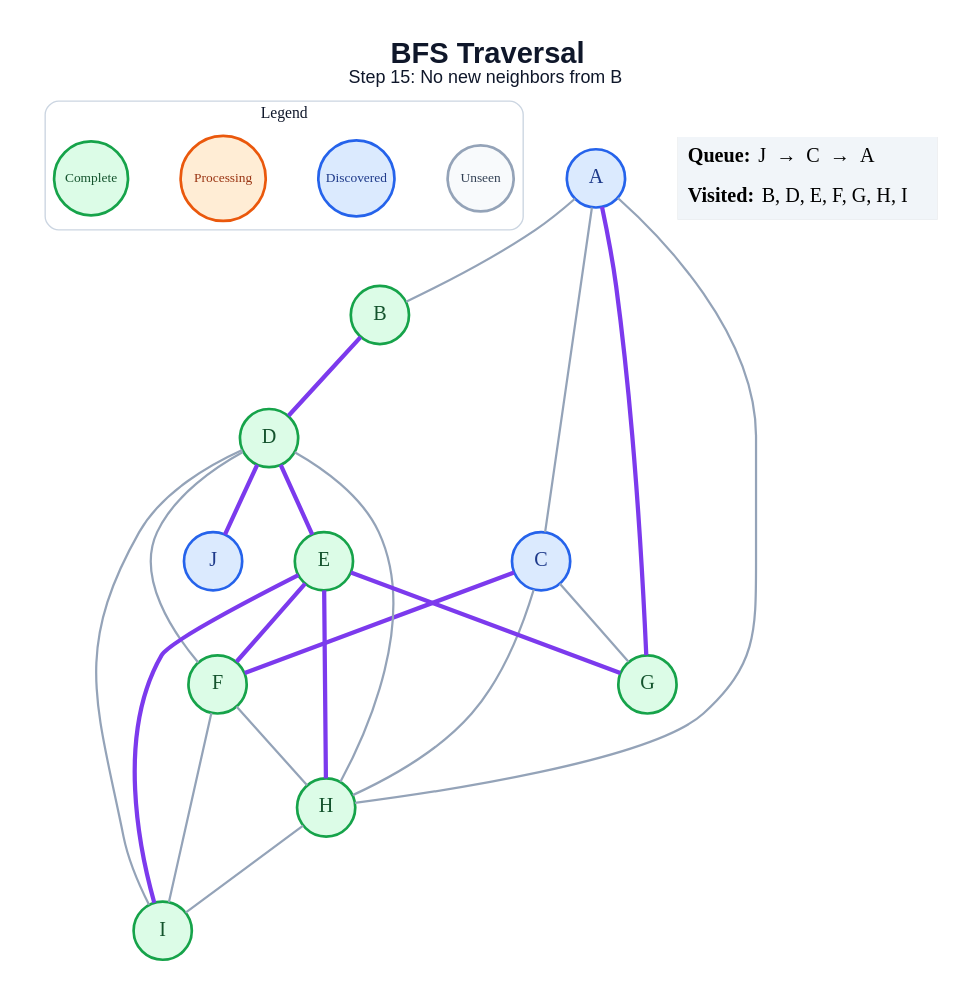
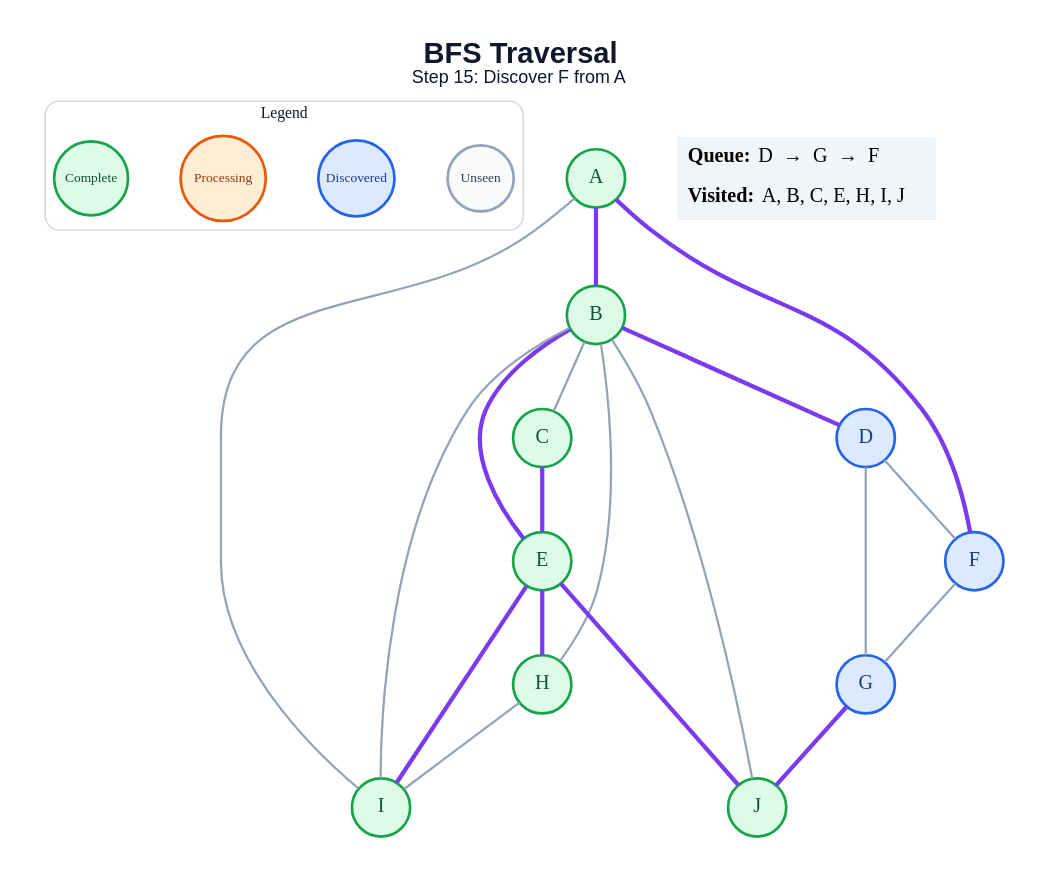
One commit to amanghodawala9/ai-slop changed the diagram in generated/specific-node/bfs/step_15.dot. Above: the diagram before and after it, drawn with Graphviz. The commit also changed 178 other files, not shown here.

```diff
--- a/generated/specific-node/bfs/step_15.dot
+++ b/generated/specific-node/bfs/step_15.dot
@@ -1,49 +1,47 @@
 graph traversal {
   graph [layout=dot, rankdir=TB, bgcolor="#FFFFFF", pad="0.35", nodesep="0.65", ranksep="0.8", fontname="Arial"];
   node [shape=circle, style="filled", fontname="Arial Bold", fontsize=18, width=0.72, fixedsize=true, penwidth=2.4];
   edge [color="#94A3B8", penwidth=2.0];
-  label=<<B>BFS Traversal</B><BR/><FONT POINT-SIZE="16">Step 15: No new neighbors from B</FONT>>; labelloc="t"; fontsize=26; fontname="Arial"; fontcolor="#0F172A";
+  label=<<B>BFS Traversal</B><BR/><FONT POINT-SIZE="16">Step 15: Discover F from A</FONT>>; labelloc="t"; fontsize=26; fontname="Arial"; fontcolor="#0F172A";
   subgraph cluster_legend { label="Legend"; color="#CBD5E1"; penwidth=1.2; style="rounded"; fontsize=14; fontname="Arial Bold";
     key_unseen [label="Unseen", fillcolor="#F8FAFC", color="#94A3B8", fontcolor="#334155", fontsize=12, width=0.82];
     key_frontier [label="Discovered", fillcolor="#DBEAFE", color="#2563EB", fontcolor="#1E3A8A", fontsize=12, width=0.95];
     key_current [label="Processing", fillcolor="#FFEDD5", color="#EA580C", fontcolor="#9A3412", fontsize=12, width=1.05];
     key_done [label="Complete", fillcolor="#DCFCE7", color="#16A34A", fontcolor="#14532D", fontsize=12, width=0.92];
     { rank=same; key_unseen; key_frontier; key_current; key_done; }
   }
-  A [fillcolor="#DBEAFE", color="#2563EB", fontcolor="#1E3A8A"];
+  A [fillcolor="#DCFCE7", color="#16A34A", fontcolor="#14532D"];
   B [fillcolor="#DCFCE7", color="#16A34A", fontcolor="#14532D"];
-  C [fillcolor="#DBEAFE", color="#2563EB", fontcolor="#1E3A8A"];
-  D [fillcolor="#DCFCE7", color="#16A34A", fontcolor="#14532D"];
+  C [fillcolor="#DCFCE7", color="#16A34A", fontcolor="#14532D"];
+  D [fillcolor="#DBEAFE", color="#2563EB", fontcolor="#1E3A8A"];
   E [fillcolor="#DCFCE7", color="#16A34A", fontcolor="#14532D"];
-  F [fillcolor="#DCFCE7", color="#16A34A", fontcolor="#14532D"];
-  G [fillcolor="#DCFCE7", color="#16A34A", fontcolor="#14532D"];
+  F [fillcolor="#DBEAFE", color="#2563EB", fontcolor="#1E3A8A"];
+  G [fillcolor="#DBEAFE", color="#2563EB", fontcolor="#1E3A8A"];
   H [fillcolor="#DCFCE7", color="#16A34A", fontcolor="#14532D"];
   I [fillcolor="#DCFCE7", color="#16A34A", fontcolor="#14532D"];
-  J [fillcolor="#DBEAFE", color="#2563EB", fontcolor="#1E3A8A"];
-  A -- B;
-  A -- C;
-  A -- G [color="#7C3AED", penwidth=3.8];
-  A -- H;
+  J [fillcolor="#DCFCE7", color="#16A34A", fontcolor="#14532D"];
+  A -- B [color="#7C3AED", penwidth=3.8];
+  A -- F [color="#7C3AED", penwidth=3.8];
+  A -- I;
+  B -- C;
   B -- D [color="#7C3AED", penwidth=3.8];
-  C -- F [color="#7C3AED", penwidth=3.8];
-  C -- G;
-  C -- H;
-  D -- E [color="#7C3AED", penwidth=3.8];
+  B -- E [color="#7C3AED", penwidth=3.8];
+  B -- H;
+  B -- I;
+  B -- J;
+  C -- E [color="#7C3AED", penwidth=3.8];
   D -- F;
-  D -- H;
-  D -- I;
-  D -- J [color="#7C3AED", penwidth=3.8];
-  E -- F [color="#7C3AED", penwidth=3.8];
-  E -- G [color="#7C3AED", penwidth=3.8];
+  D -- G;
   E -- H [color="#7C3AED", penwidth=3.8];
   E -- I [color="#7C3AED", penwidth=3.8];
-  F -- H;
-  F -- I;
+  E -- J [color="#7C3AED", penwidth=3.8];
+  F -- G;
+  G -- J [color="#7C3AED", penwidth=3.8];
   H -- I;
   status [shape=plain, fixedsize=false, width=0, height=0, margin=0, label=<
     <TABLE BORDER="0" CELLBORDER="0" CELLPADDING="7" BGCOLOR="#F1F5F9">
-      <TR><TD ALIGN="LEFT"><B>Queue:</B> J  →  C  →  A</TD></TR>
-      <TR><TD ALIGN="LEFT"><B>Visited:</B> B, D, E, F, G, H, I</TD></TR>
+      <TR><TD ALIGN="LEFT"><B>Queue:</B> D  →  G  →  F</TD></TR>
+      <TR><TD ALIGN="LEFT"><B>Visited:</B> A, B, C, E, H, I, J</TD></TR>
     </TABLE>
   >];
 }
```
